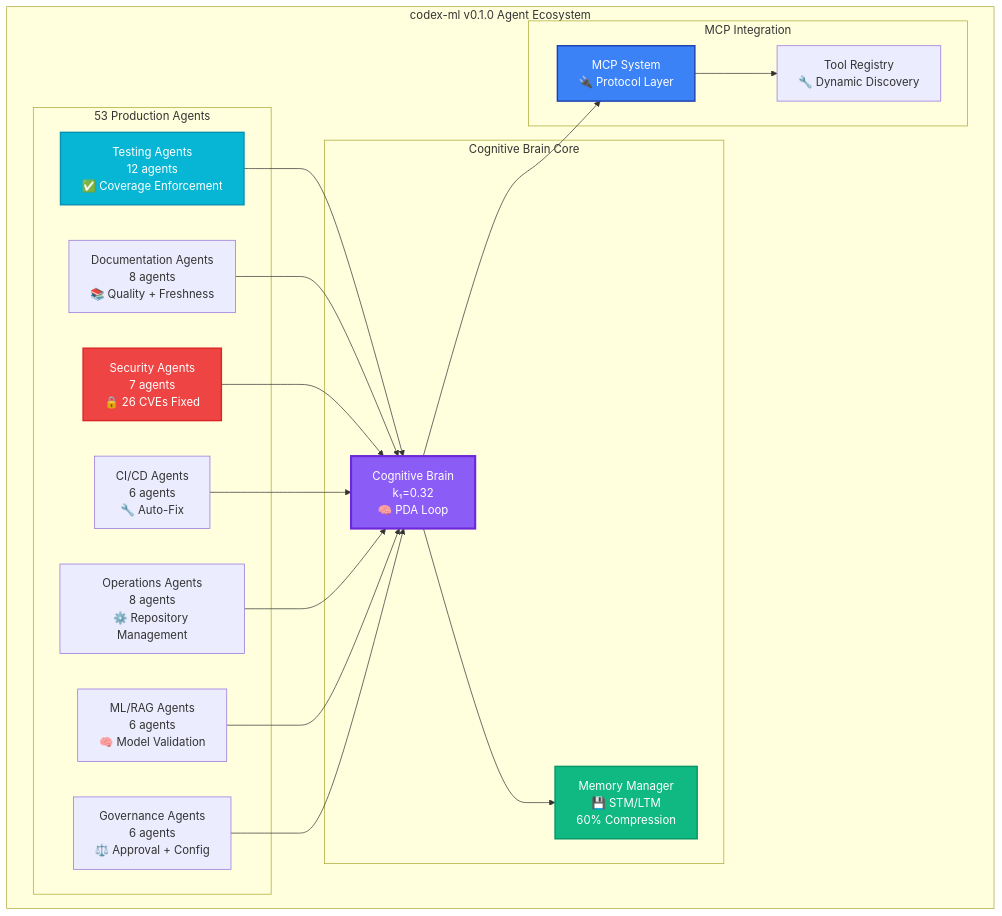
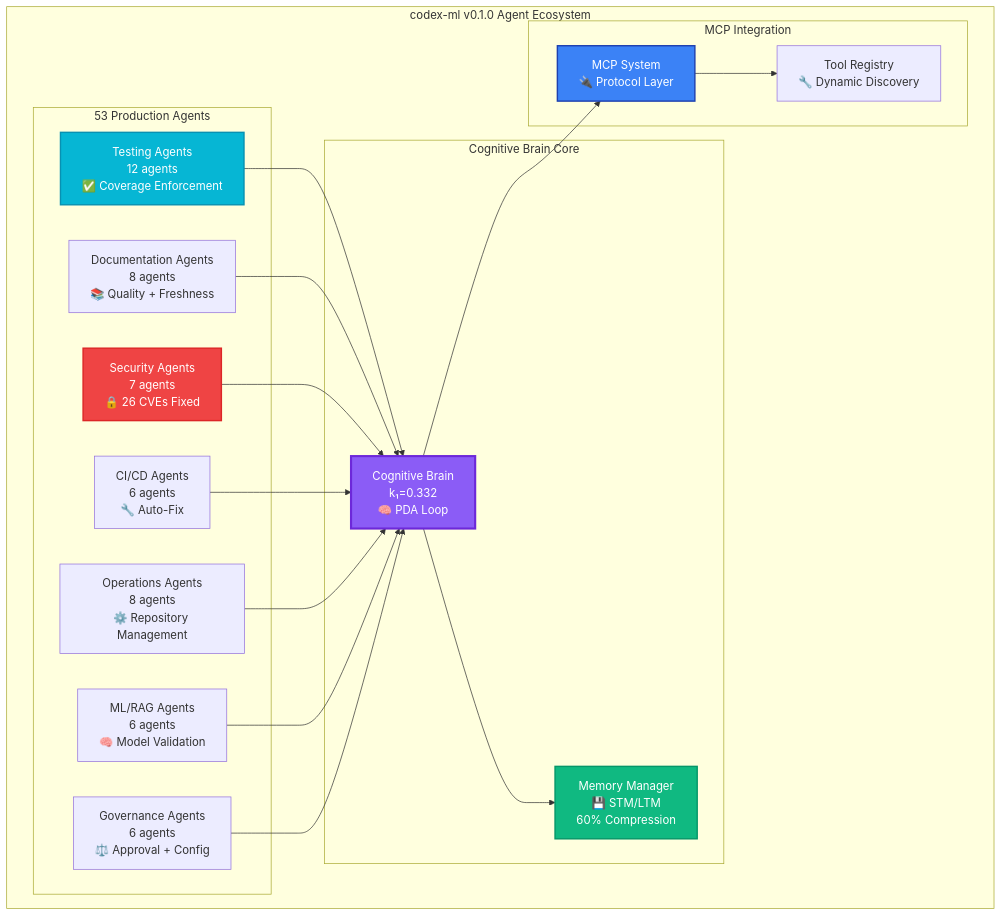
The first of 2 diagrams in .github/agents/QA_AGENT_ARCHITECTURE_DIAGRAMS.md (Aries-Serpent/_codex_), drawn with Mermaid before and after one commit. The commit also changed 42 other files, not shown here.

````diff
--- a/.github/agents/QA_AGENT_ARCHITECTURE_DIAGRAMS.md
+++ b/.github/agents/QA_AGENT_ARCHITECTURE_DIAGRAMS.md
@@ -16,44 +16,44 @@
 ```mermaid
 graph TB
     subgraph "codex-ml v0.1.0 Agent Ecosystem"
         subgraph "53 Production Agents"
             Testing[Testing Agents<br/>12 agents<br/>✅ Coverage Enforcement]
             Docs[Documentation Agents<br/>8 agents<br/>📚 Quality + Freshness]
             Security[Security Agents<br/>7 agents<br/>🔒 26 CVEs Fixed]
             CI[CI/CD Agents<br/>6 agents<br/>🔧 Auto-Fix]
             Ops[Operations Agents<br/>8 agents<br/>⚙️ Repository Management]
             ML[ML/RAG Agents<br/>6 agents<br/>🧠 Model Validation]
             Gov[Governance Agents<br/>6 agents<br/>⚖️ Approval + Config]
         end
         
         subgraph "Cognitive Brain Core"
-            Brain[Cognitive Brain<br/>k₁=0.32<br/>🧠 PDA Loop]
+            Brain[Cognitive Brain<br/>k₁=0.332<br/>🧠 PDA Loop]
             Memory[Memory Manager<br/>💾 STM/LTM<br/>60% Compression]
         end
         
         subgraph "MCP Integration"
             MCP[MCP System<br/>🔌 Protocol Layer]
             Tools[Tool Registry<br/>🔧 Dynamic Discovery]
         end
     end
     
     %% Connections
     Testing --> Brain
     Docs --> Brain
     Security --> Brain
     CI --> Brain
     Ops --> Brain
     ML --> Brain
     Gov --> Brain
     
     Brain --> Memory
     Brain --> MCP
     MCP --> Tools
     
     %% Styling
     style Brain fill:#8b5cf6,stroke:#6d28d9,stroke-width:3px,color:#fff
     style Memory fill:#10b981,stroke:#059669,stroke-width:2px,color:#fff
     style MCP fill:#3b82f6,stroke:#1e40af,stroke-width:2px,color:#fff
     style Security fill:#ef4444,stroke:#dc2626,stroke-width:2px,color:#fff
     style Testing fill:#06b6d4,stroke:#0891b2,stroke-width:2px,color:#fff
 ```
````
